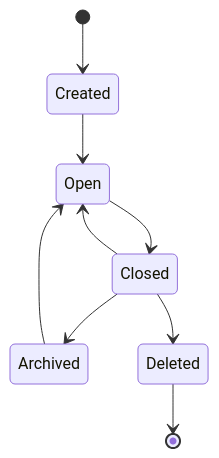
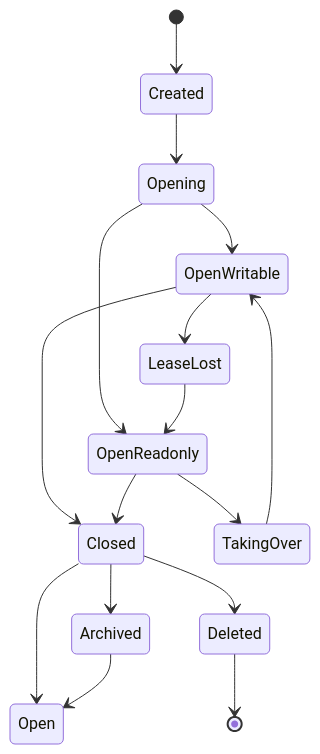
The diagram in spec/platform/R01-project-lifecycle.md (jinhuang712/open-novel), drawn with Mermaid before and after one commit. The commit also changed other lines of this file and 65 other files, not shown here.

````diff
--- a/spec/platform/R01-project-lifecycle.md
+++ b/spec/platform/R01-project-lifecycle.md
@@ -7,11 +7,18 @@
 ```mermaid
 stateDiagram-v2
   [*] --> Created
-  Created --> Open
-  Open --> Closed
+  Created --> Opening
+  Opening --> OpenWritable
+  Opening --> OpenReadonly
+  OpenWritable --> Closed
+  OpenReadonly --> Closed
+  OpenReadonly --> TakingOver
+  TakingOver --> OpenWritable
+  OpenWritable --> LeaseLost
+  LeaseLost --> OpenReadonly
   Closed --> Open
   Closed --> Archived
   Archived --> Open
   Closed --> Deleted
   Deleted --> [*]
 ```
````
